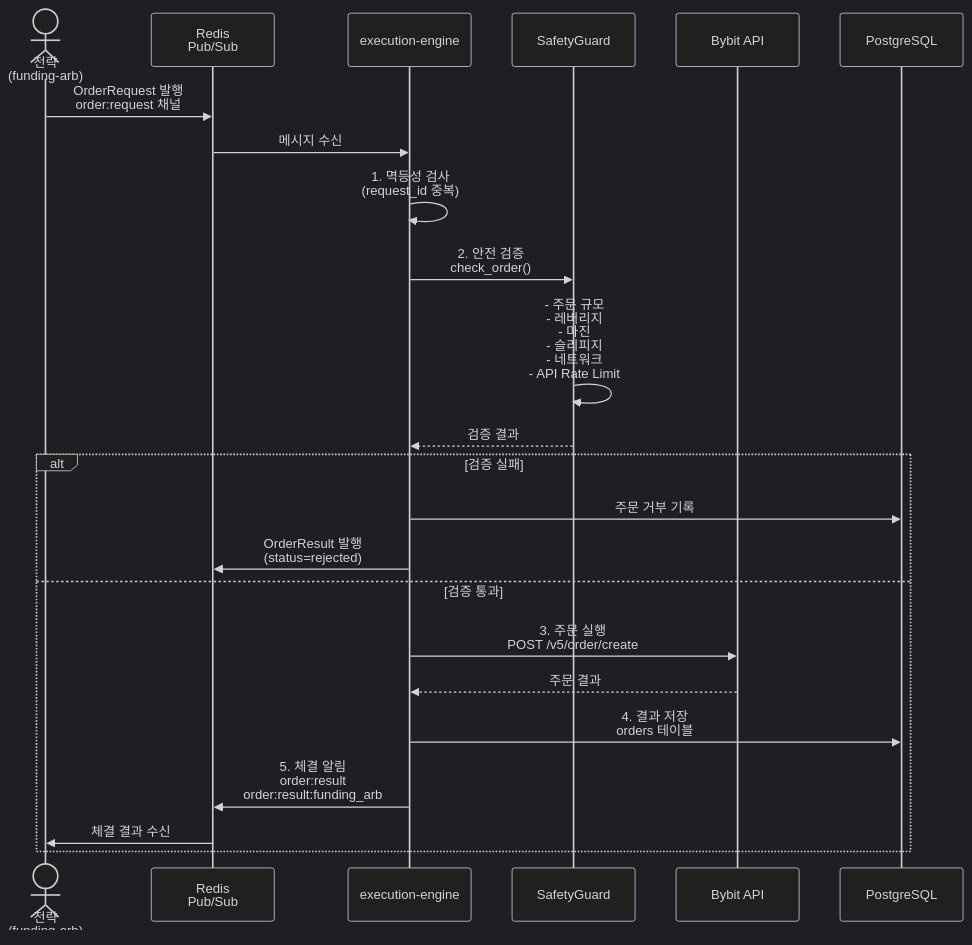
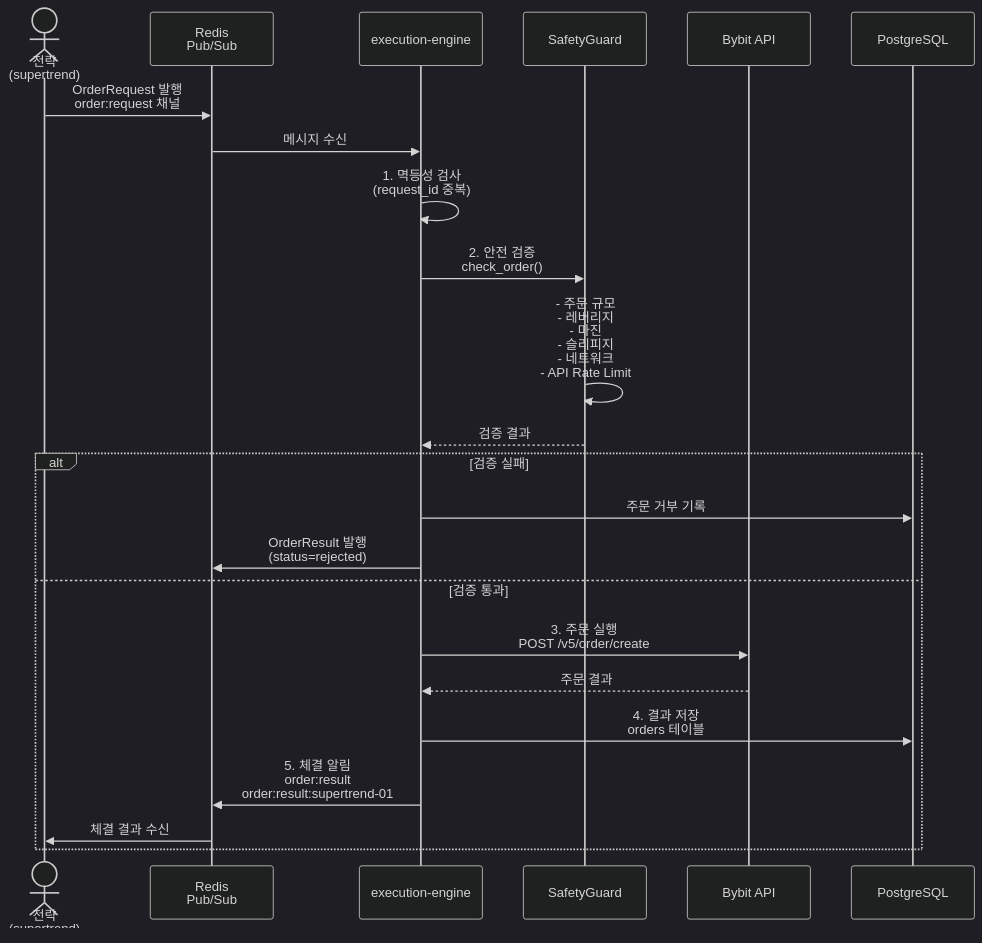
Before and after one commit to Justant-source/Bit-Mania: the fifth of 9 diagrams in docs/architecture/data-flow.md, drawn with Mermaid (dark theme). The commit also changed other lines of this file and 34 other files, not shown here.

````diff
--- a/docs/architecture/data-flow.md
+++ b/docs/architecture/data-flow.md
@@ -275,26 +273,26 @@
 ```mermaid
 sequenceDiagram
-    actor Strategy as 전략<br>(funding-arb)
+    actor Strategy as 전략<br>(supertrend)
     participant Redis as Redis<br>Pub/Sub
     participant ExecEngine as execution-engine
     participant Safety as SafetyGuard
     participant Bybit as Bybit API
     participant DB as PostgreSQL
 
     Strategy->>Redis: OrderRequest 발행<br>order:request 채널
     Redis->>ExecEngine: 메시지 수신
     ExecEngine->>ExecEngine: 1. 멱등성 검사<br>(request_id 중복)
     ExecEngine->>Safety: 2. 안전 검증<br>check_order()
     Safety->>Safety: - 주문 규모<br>- 레버리지<br>- 마진<br>- 슬리피지<br>- 네트워크<br>- API Rate Limit
     Safety-->>ExecEngine: 검증 결과
     alt 검증 실패
         ExecEngine->>DB: 주문 거부 기록
         ExecEngine->>Redis: OrderResult 발행<br>(status=rejected)
     else 검증 통과
         ExecEngine->>Bybit: 3. 주문 실행<br>POST /v5/order/create
         Bybit-->>ExecEngine: 주문 결과
         ExecEngine->>DB: 4. 결과 저장<br>orders 테이블
-        ExecEngine->>Redis: 5. 체결 알림<br>order:result<br>order:result:funding_arb
+        ExecEngine->>Redis: 5. 체결 알림<br>order:result<br>order:result:supertrend-01
         Redis->>Strategy: 체결 결과 수신
     end
 ```
````
